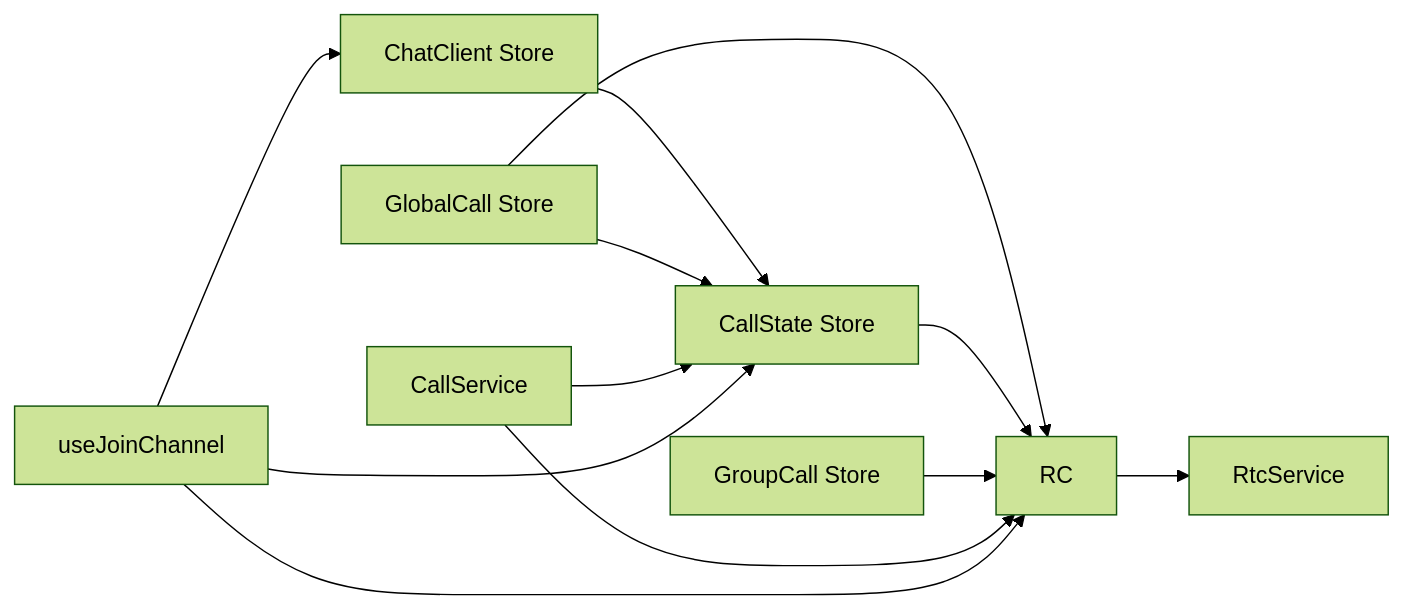
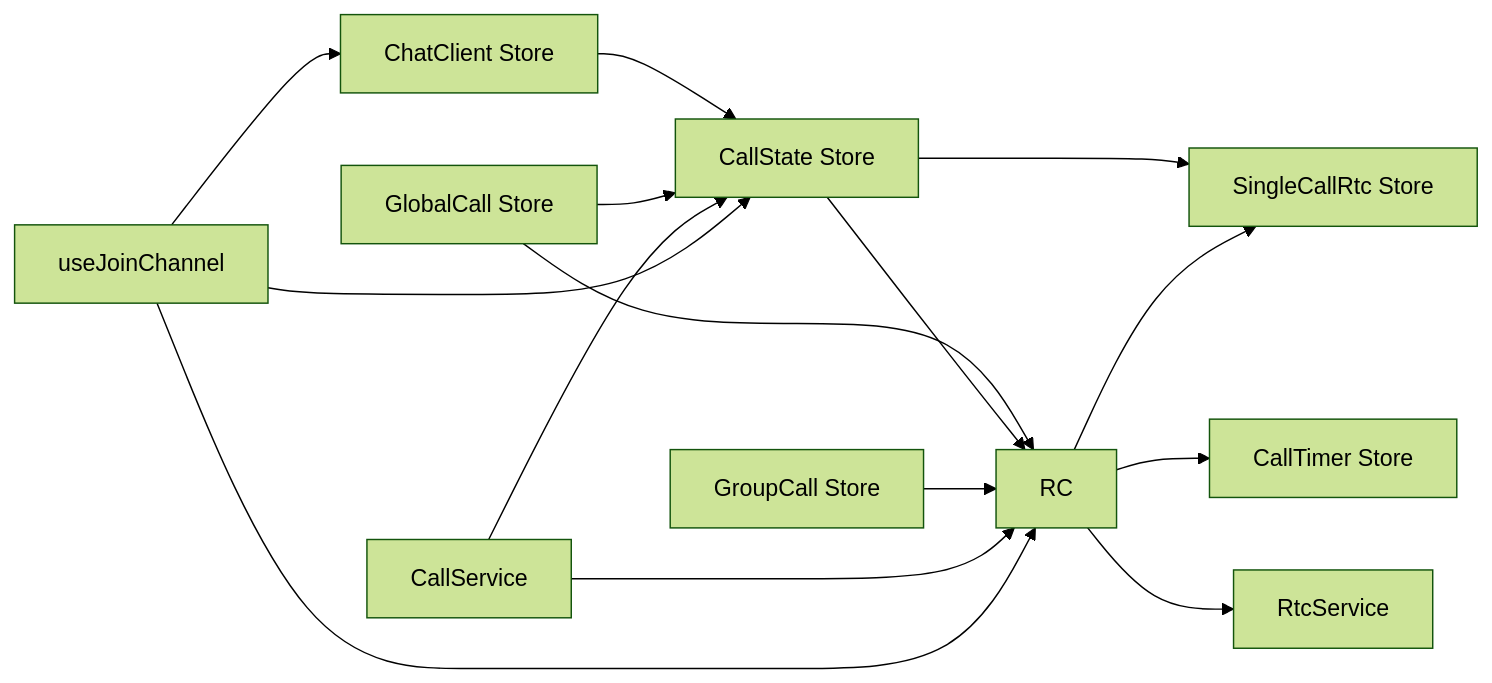
Before and after one commit to Easemob-Community/easemob-uikit-callkit-vue3: the fourth of 4 diagrams in .qoder/repowiki/zh/content/状态管理/状态管理.md, drawn with Mermaid (forest theme). The commit also changed other lines of this file and 58 other files, not shown here.

````diff
--- a/.qoder/repowiki/zh/content/状态管理/状态管理.md
+++ b/.qoder/repowiki/zh/content/状态管理/状态管理.md
@@ -316,14 +413,17 @@
 ```mermaid
 graph LR
 CC["ChatClient Store"] --> CS["CallState Store"]
 GC["GlobalCall Store"] --> CS
 GC --> RC
+CS --> SCR["SingleCallRtc Store"]
 CS --> RC
+RC --> SCR
+RC --> CTS["CallTimer Store"]
 GCS["GroupCall Store"] --> RC
 RC --> RS["RtcService"]
 CSVC["CallService"] --> CS
 CSVC --> RC
 UJC["useJoinChannel"] --> CS
 UJC --> RC
 UJC --> CC
 ```
````
